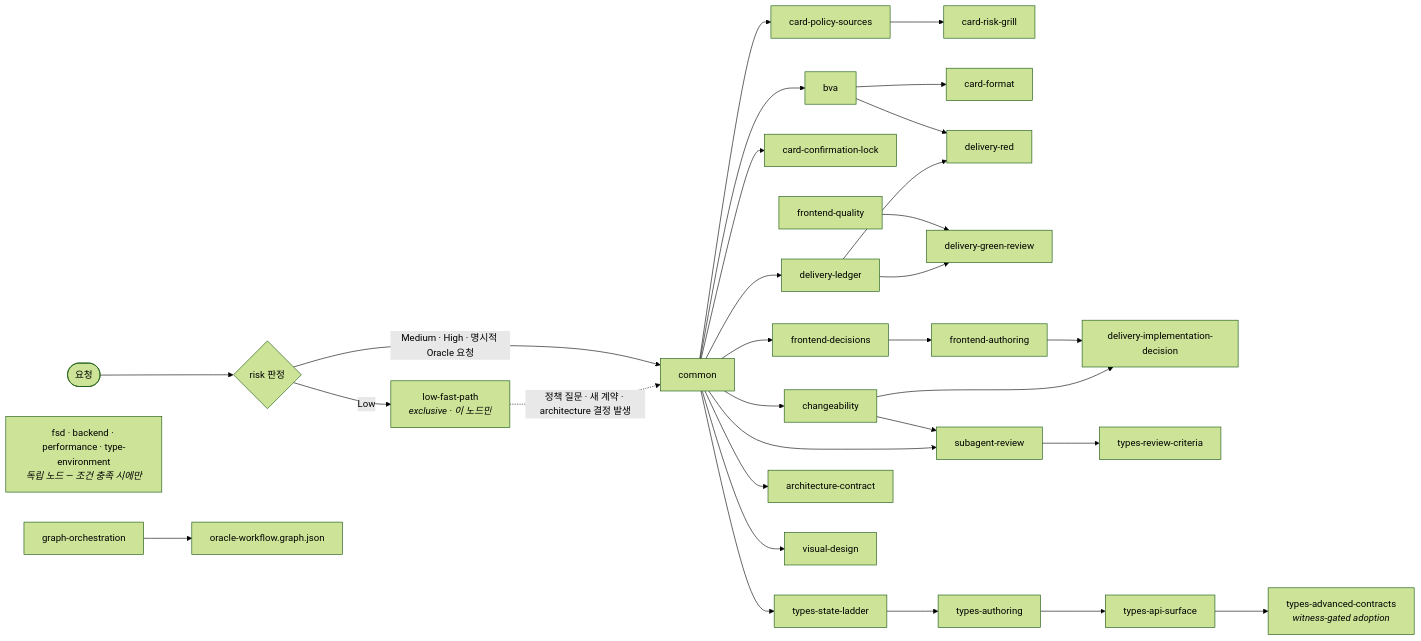
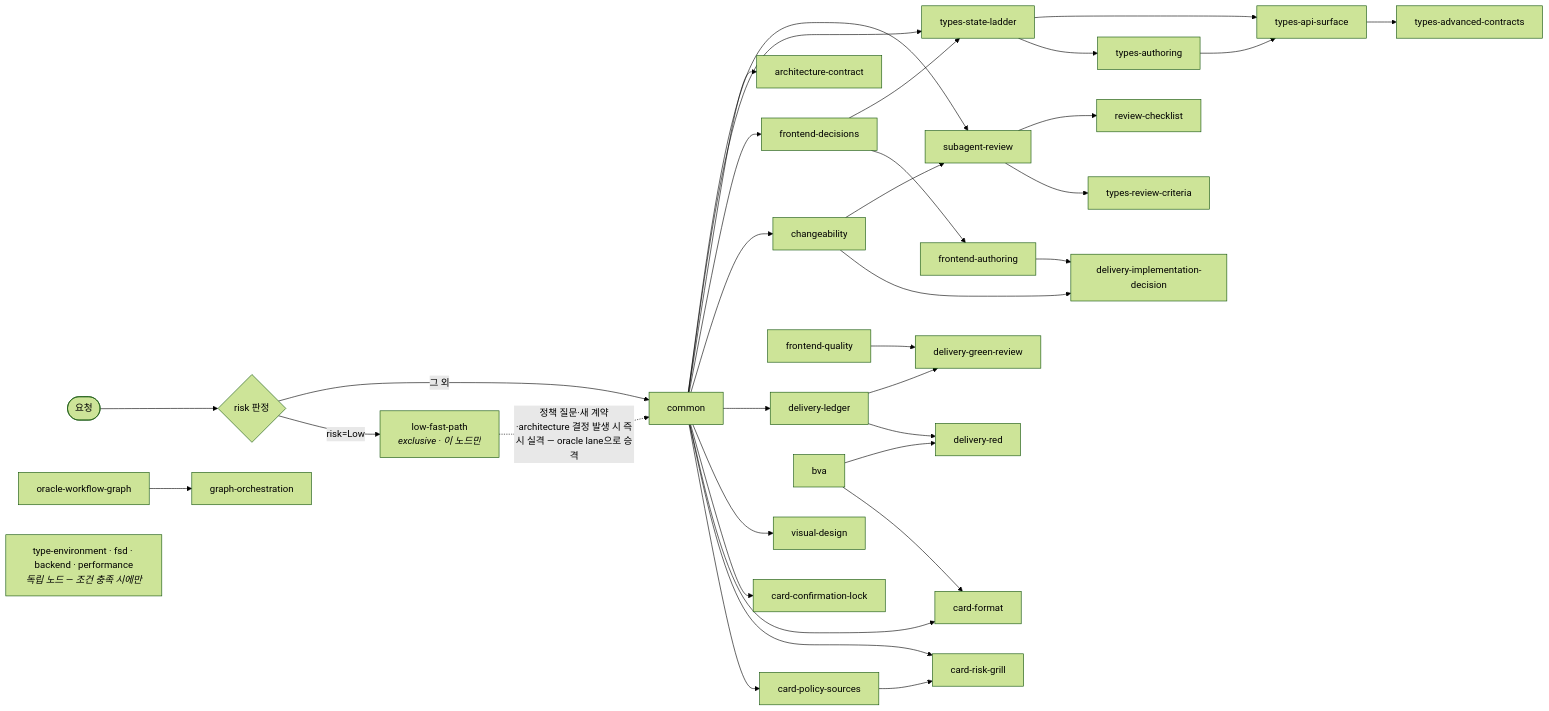
Before and after one commit to lodado/shareds: the second of 2 diagrams in packages/frontend-oracle-design/skills/README.md, drawn with Mermaid (forest theme). The commit also changed other lines of this file and 26 other files, not shown here.

First line of the commit message:
feat(oracle-design): cut per-run cost and close the reviewer checklist gap

````diff
--- a/packages/frontend-oracle-design/skills/README.md
+++ b/packages/frontend-oracle-design/skills/README.md
@@ -68,27 +71,61 @@
 ```mermaid
 flowchart LR
   START(["요청"]) --> RISK{"risk 판정"}
-  RISK -->|"Low"| LFP["low-fast-path<br/><i>exclusive · 이 노드만</i>"]
-  LFP -.->|"정책 질문 · 새 계약 · architecture 결정 발생"| COMMON
-  RISK -->|"Medium · High · 명시적 Oracle 요청"| COMMON["common"]
+  RISK -->|"risk=Low"| low_fast_path["low-fast-path<br/><i>exclusive · 이 노드만</i>"]
+  low_fast_path -.->|"정책 질문·새 계약·architecture 결정 발생 시 즉시 실격 — oracle lane으로 승격"| common
+  RISK -->|"그 외"| common["common"]
 
-  COMMON --> CPS["card-policy-sources"] --> CRG["card-risk-grill"]
-  COMMON --> BVA["bva"] --> CF["card-format"]
-  COMMON --> CCL["card-confirmation-lock"]
-  COMMON --> DL["delivery-ledger"]
-  DL --> DR["delivery-red"]
-  BVA --> DR
-  DL --> DGR["delivery-green-review"]
-  COMMON --> CH["changeability"]
-  COMMON --> FD["frontend-decisions"] --> FA["frontend-authoring"]
-  FQ["frontend-quality"] --> DGR
-  CH --> DID["delivery-implementation-decision"]
-  FA --> DID
-  COMMON --> SR2["subagent-review"] --> TRC["types-review-criteria"]
-  CH --> SR2
-  COMMON --> TSL["types-state-ladder"] --> TA["types-authoring"] --> TAS["types-api-surface"] --> TAC["types-advanced-contracts<br/><i>witness-gated adoption</i>"]
-  COMMON --> AC["architecture-contract"]
-  COMMON --> VD["visual-design"]
-  IND["fsd · backend · performance · type-environment<br/><i>독립 노드 — 조건 충족 시에만</i>"]
-  GO["graph-orchestration"] --> OWG["oracle-workflow.graph.json"]
+  card_policy_sources["card-policy-sources"]
+  card_risk_grill["card-risk-grill"]
+  card_format["card-format"]
+  card_confirmation_lock["card-confirmation-lock"]
+  visual_design["visual-design"]
+  delivery_ledger["delivery-ledger"]
+  delivery_red["delivery-red"]
+  delivery_implementation_decision["delivery-implementation-decision"]
+  delivery_green_review["delivery-green-review"]
+  frontend_decisions["frontend-decisions"]
+  frontend_authoring["frontend-authoring"]
+  frontend_quality["frontend-quality"]
+  architecture_contract["architecture-contract"]
+  types_state_ladder["types-state-ladder"]
+  types_authoring["types-authoring"]
+  types_api_surface["types-api-surface"]
+  types_advanced_contracts["types-advanced-contracts"]
+  types_review_criteria["types-review-criteria"]
+  subagent_review["subagent-review"]
+  review_checklist["review-checklist"]
+  graph_orchestration["graph-orchestration"]
+  oracle_workflow_graph["oracle-workflow-graph"]
+
+  common --> card_policy_sources
+  common --> card_risk_grill
+  card_policy_sources --> card_risk_grill
+  common --> card_format
+  bva --> card_format
+  common --> card_confirmation_lock
+  common --> visual_design
+  common --> delivery_ledger
+  delivery_ledger --> delivery_red
+  bva --> delivery_red
+  changeability --> delivery_implementation_decision
+  frontend_authoring --> delivery_implementation_decision
+  delivery_ledger --> delivery_green_review
+  frontend_quality --> delivery_green_review
+  common --> changeability
+  common --> frontend_decisions
+  frontend_decisions --> frontend_authoring
+  common --> architecture_contract
+  common --> types_state_ladder
+  frontend_decisions --> types_state_ladder
+  types_state_ladder --> types_authoring
+  types_state_ladder --> types_api_surface
+  types_authoring --> types_api_surface
+  types_api_surface --> types_advanced_contracts
+  subagent_review --> types_review_criteria
+  common --> subagent_review
+  changeability --> subagent_review
+  subagent_review --> review_checklist
+  oracle_workflow_graph --> graph_orchestration
+  IND["type-environment · fsd · backend · performance<br/><i>독립 노드 — 조건 충족 시에만</i>"]
 ```
````
